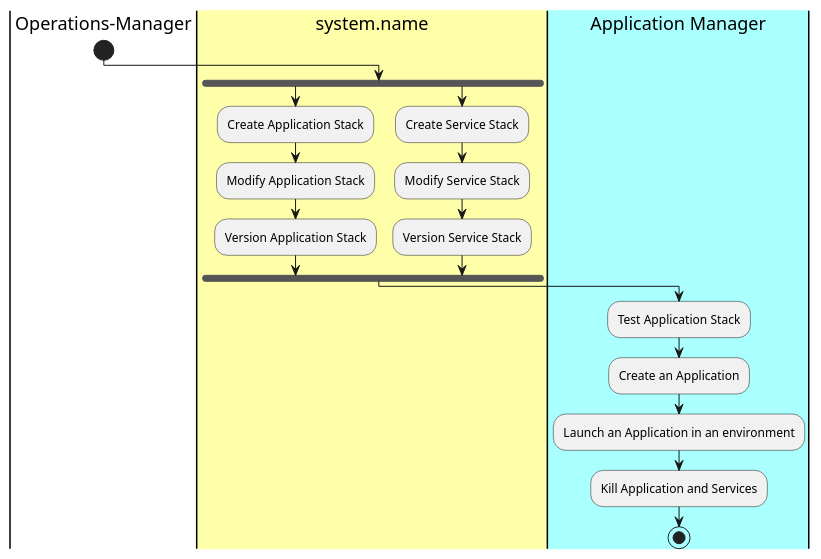
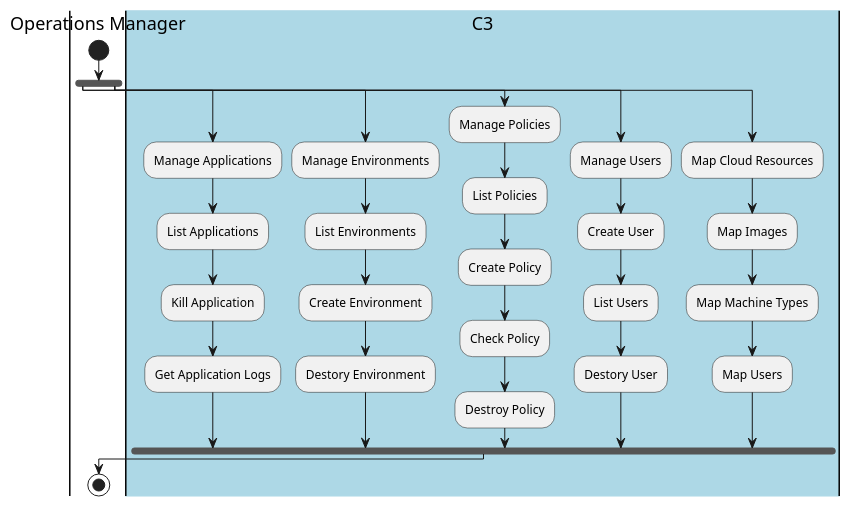
Before and after one commit to CAADE/C3: the diagram in docs/Actors/Operations-Manager/Workflow.puml, drawn with PlantUML. The commit also changed other lines of this file and 256 other files, not shown here.

```diff
--- a/docs/Actors/Operations-Manager/Workflow.puml
+++ b/docs/Actors/Operations-Manager/Workflow.puml
@@ -1,20 +1,34 @@
 @startuml
-|Operations-Manager|
+|Operations Manager|
 start
-|#ffffaa|system.name|
 fork
-:Create Application Stack;
-:Modify Application Stack;
-:Version Application Stack;
+|#lightblue|C3|
+:Manage Applications;
+:List Applications;
+:Kill Application;
+:Get Application Logs;
 fork again
-:Create Service Stack;
-:Modify Service Stack;
-:Version Service Stack;
+:Manage Environments;
+:List Environments;
+:Create Environment;
+:Destory Environment;
+fork again
+:Manage Policies;
+:List Policies;
+:Create Policy;
+:Check Policy;
+:Destroy Policy;
+fork again
+:Manage Users;
+:Create User;
+:List Users;
+:Destory User;
+fork again
+:Map Cloud Resources;
+:Map Images;
+:Map Machine Types;
+:Map Users;
 fork end
-|#aaffff|Application Manager|
-:Test Application Stack;
-:Create an Application;
-:Launch an Application in an environment;
-:Kill Application and Services;
+|Operations Manager|
 stop
 @enduml
```
